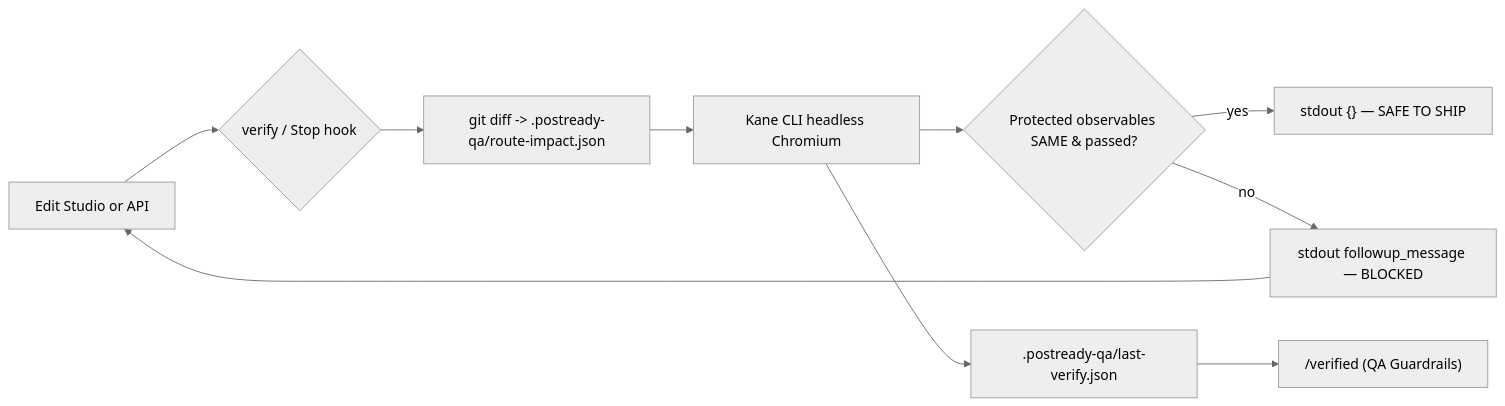
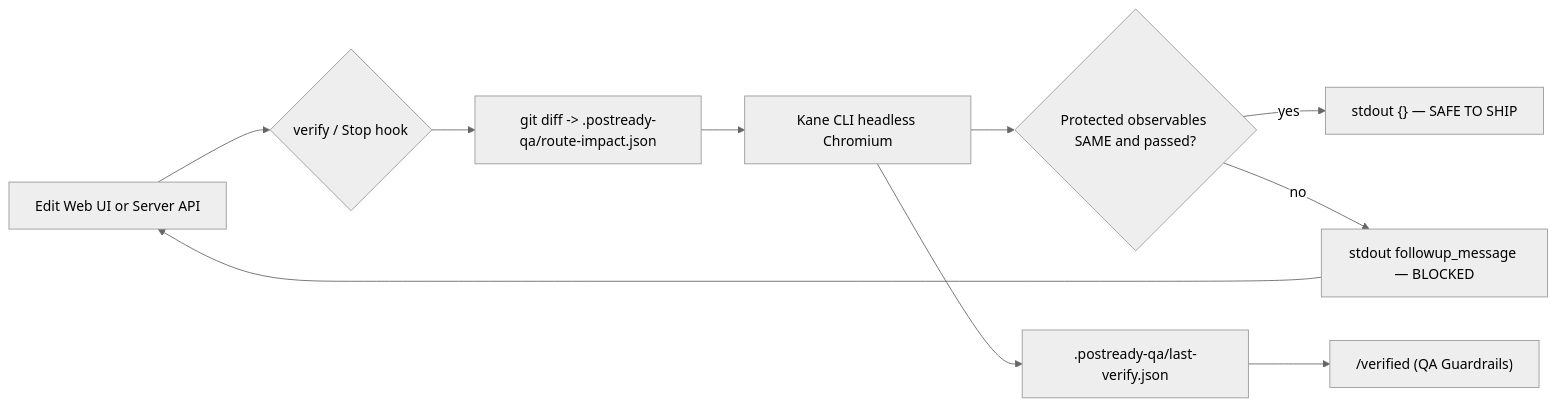
Before and after one commit to toufiqfarhan0/kane-cli-hack: the diagram in README.md, drawn with Mermaid (neutral theme). The commit also changed other lines of this file, not shown here.

````diff
--- a/README.md
+++ b/README.md
@@ -209,12 +331,12 @@
 ```mermaid
 flowchart LR
-    A["Edit Studio or API"] --> S{"verify / Stop hook"}
+    A["Edit Web UI or Server API"] --> S{"verify / Stop hook"}
     S --> D["git diff -> .postready-qa/route-impact.json"]
     D --> K["Kane CLI headless Chromium"]
-    K --> C{"Protected observables SAME & passed?"}
+    K --> C{"Protected observables SAME and passed?"}
     C -- yes --> OK["stdout {} — SAFE TO SHIP"]
     C -- no --> BL["stdout followup_message — BLOCKED"]
     BL --> A
     K --> E[".postready-qa/last-verify.json"]
     E --> W["/verified (QA Guardrails)"]
 ```
````
